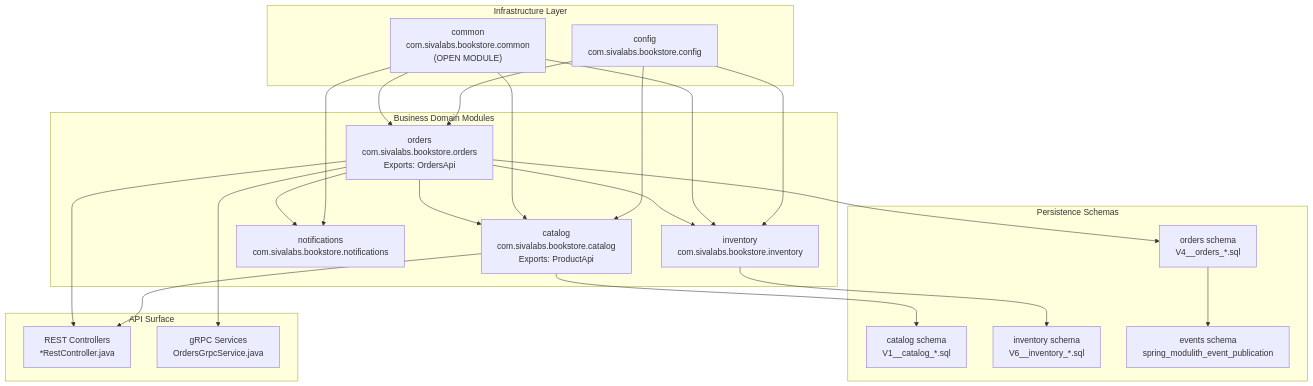
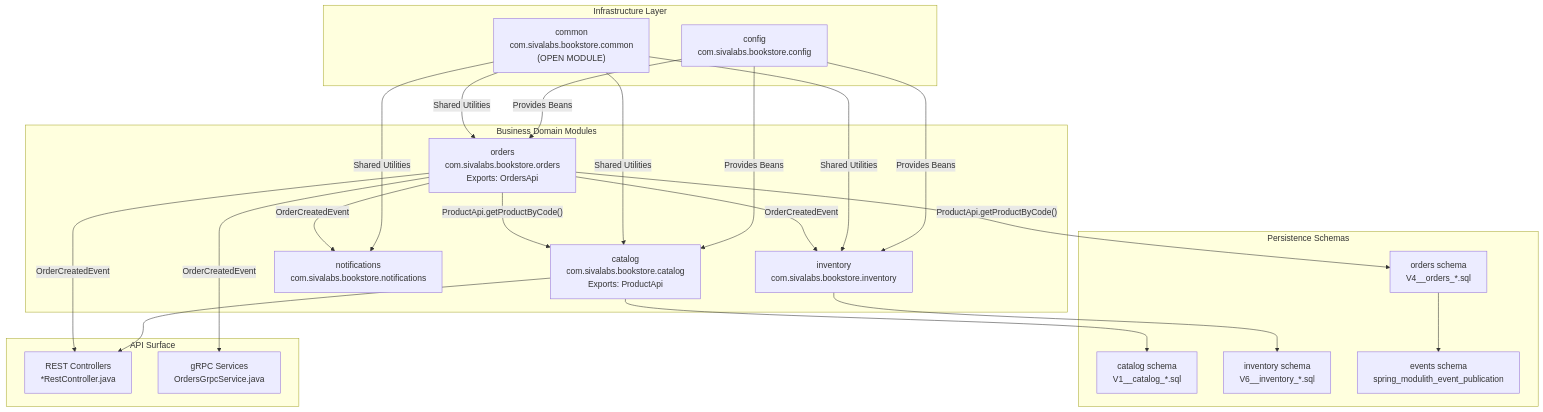
Before and after one commit to philipz/spring-modular-monolith: the first of 5 diagrams in docs/deepwiki/Overview.md, drawn with Mermaid. The commit also changed other lines of this file and 55 other files, not shown here.

````diff
--- a/docs/deepwiki/Overview.md
+++ b/docs/deepwiki/Overview.md
@@ -52,58 +52,58 @@
 ```mermaid
 flowchart TD
 
 config["config<br>com.sivalabs.bookstore.config"]
 common["common<br>com.sivalabs.bookstore.common<br>(OPEN MODULE)"]
 catalog["catalog<br>com.sivalabs.bookstore.catalog<br>Exports: ProductApi"]
 orders["orders<br>com.sivalabs.bookstore.orders<br>Exports: OrdersApi"]
 inventory["inventory<br>com.sivalabs.bookstore.inventory"]
 notifications["notifications<br>com.sivalabs.bookstore.notifications"]
 catalogSchema["catalog schema<br>V1__catalog_*.sql"]
 ordersSchema["orders schema<br>V4__orders_*.sql"]
 inventorySchema["inventory schema<br>V6__inventory_*.sql"]
 eventsSchema["events schema<br>spring_modulith_event_publication"]
 rest["REST Controllers<br>*RestController.java"]
 grpc["gRPC Services<br>OrdersGrpcService.java"]
 
-config --> catalog
-config --> orders
-config --> inventory
-common --> catalog
-common --> orders
-common --> inventory
-common --> notifications
+config -->|"Provides Beans"| catalog
+config -->|"Provides Beans"| orders
+config -->|"Provides Beans"| inventory
+common -->|"Shared Utilities"| catalog
+common -->|"Shared Utilities"| orders
+common -->|"Shared Utilities"| inventory
+common -->|"Shared Utilities"| notifications
 catalog --> catalogSchema
-orders --> ordersSchema
+orders -->|"ProductApi.getProductByCode()"| ordersSchema
 inventory --> inventorySchema
 catalog --> rest
-orders --> rest
-orders --> grpc
+orders -->|"OrderCreatedEvent"| rest
+orders -->|"OrderCreatedEvent"| grpc
 
 subgraph subGraph3 ["API Surface"]
     rest
     grpc
 end
 
 subgraph subGraph2 ["Persistence Schemas"]
     catalogSchema
     ordersSchema
     inventorySchema
     eventsSchema
     ordersSchema --> eventsSchema
 end
 
 subgraph subGraph1 ["Business Domain Modules"]
     catalog
     orders
     inventory
     notifications
-    orders --> catalog
-    orders --> inventory
-    orders --> notifications
+    orders -->|"ProductApi.getProductByCode()"| catalog
+    orders -->|"OrderCreatedEvent"| inventory
+    orders -->|"OrderCreatedEvent"| notifications
 end
 
 subgraph subGraph0 ["Infrastructure Layer"]
     config
     common
 end
 ```
````
